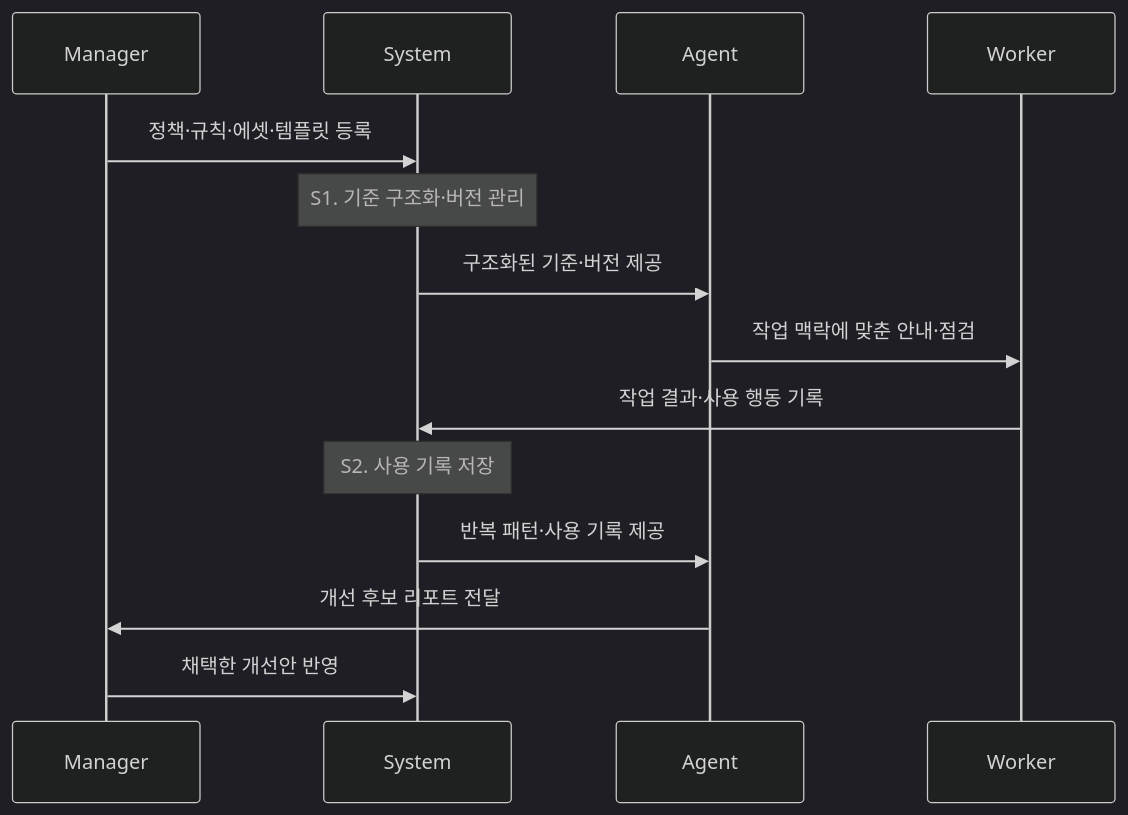
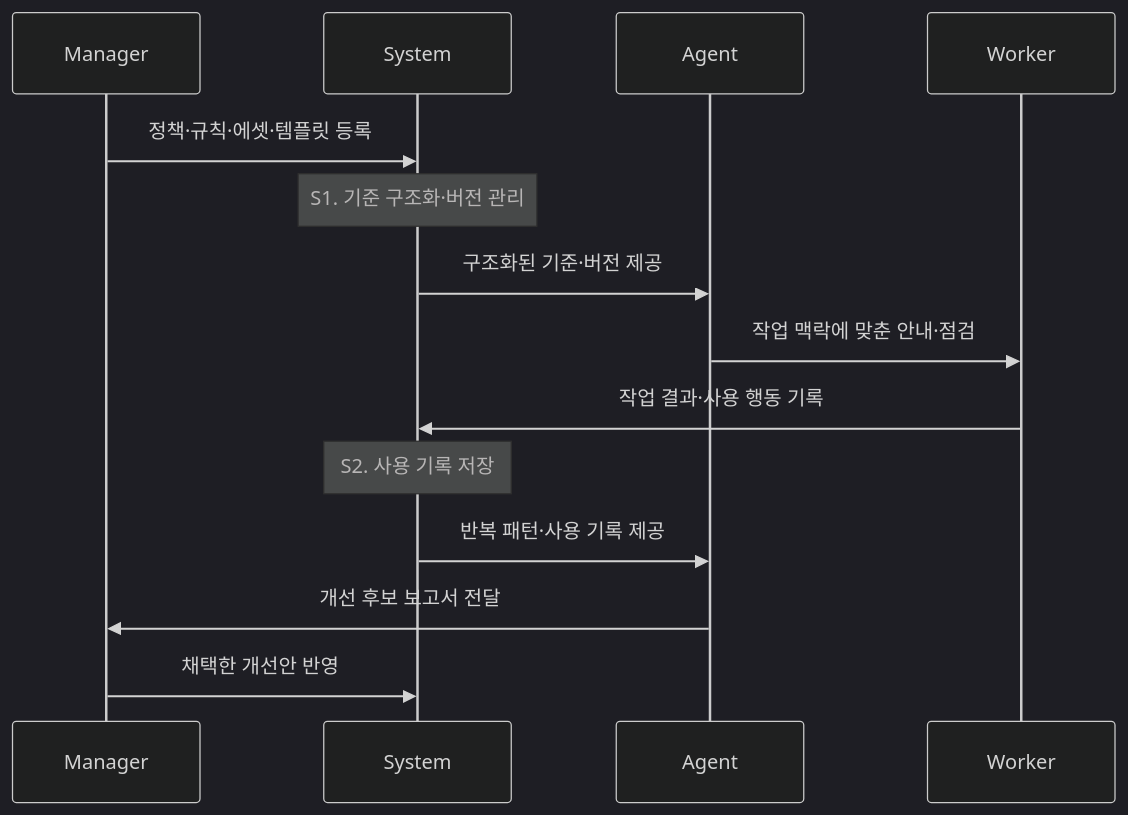
One commit to ewoooo/living-brand-system changed the first of 2 diagrams in docs/01-product.md. Above: the diagram before and after it, drawn with Mermaid (dark theme). The commit also changed other lines of this file and 4 other files, not shown here.

````diff
--- a/docs/01-product.md
+++ b/docs/01-product.md
@@ -70,17 +70,17 @@
 ```mermaid
 sequenceDiagram
   participant M as Manager
   participant S as System
   participant A as Agent
   participant C as Worker
 
   M->>S: 정책·규칙·에셋·템플릿 등록
   Note over S: S1. 기준 구조화·버전 관리
   S->>A: 구조화된 기준·버전 제공
   A->>C: 작업 맥락에 맞춘 안내·점검
   C->>S: 작업 결과·사용 행동 기록
   Note over S: S2. 사용 기록 저장
   S->>A: 반복 패턴·사용 기록 제공
-  A->>M: 개선 후보 리포트 전달
+  A->>M: 개선 후보 보고서 전달
   M->>S: 채택한 개선안 반영
 ```
````
